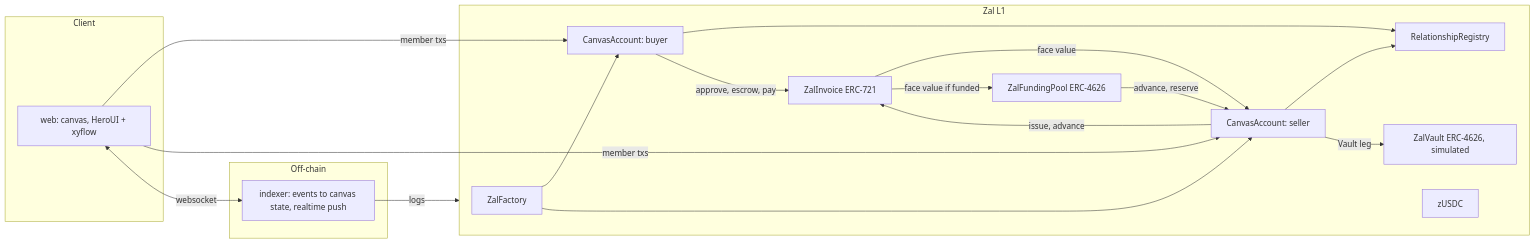
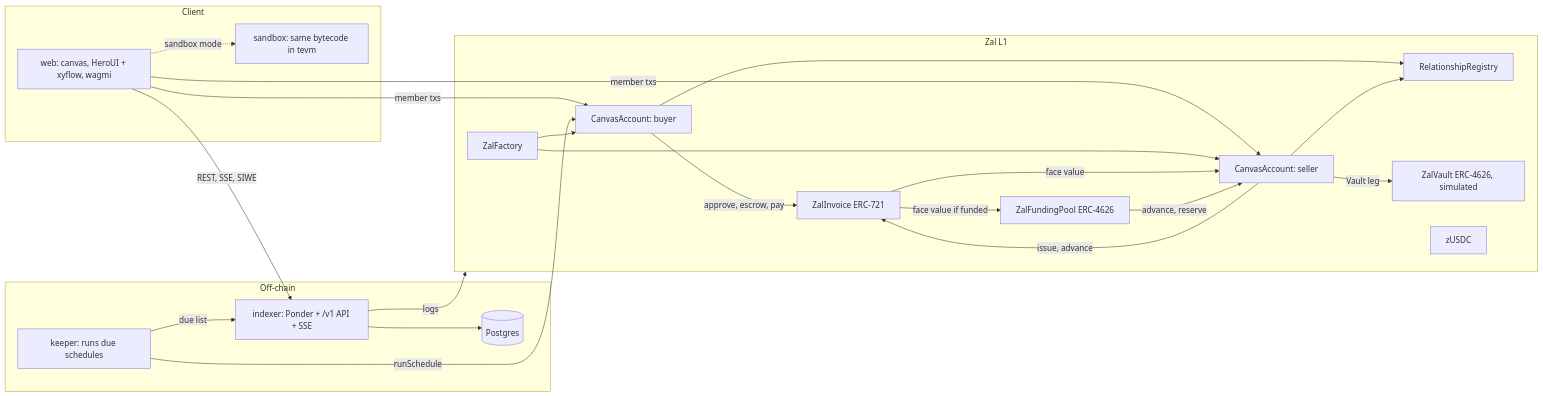
Before and after one commit to HoangDucBach/zal: the diagram in docs/architecture/README.md, drawn with Mermaid. The commit also changed other lines of this file and 1 other file, not shown here.

````diff
--- a/docs/architecture/README.md
+++ b/docs/architecture/README.md
@@ -12,31 +15,38 @@
 ```mermaid
 flowchart LR
     subgraph Client
-        W[web: canvas, HeroUI + xyflow]
+        W["web: canvas, HeroUI + xyflow, wagmi"]
+        SB["sandbox: same bytecode in tevm"]
     end
     subgraph Off-chain
-        IX[indexer: events to canvas state, realtime push]
+        IX["indexer: Ponder + /v1 API + SSE"]
+        PG[("Postgres")]
+        K["keeper: runs due schedules"]
     end
-    subgraph L1[Zal L1]
+    subgraph L1["Zal L1"]
         F[ZalFactory]
-        A1[CanvasAccount: buyer]
-        A2[CanvasAccount: seller]
+        A1["CanvasAccount: buyer"]
+        A2["CanvasAccount: seller"]
         R[RelationshipRegistry]
-        I[ZalInvoice ERC-721]
-        P[ZalFundingPool ERC-4626]
-        V[ZalVault ERC-4626, simulated]
+        I["ZalInvoice ERC-721"]
+        P["ZalFundingPool ERC-4626"]
+        V["ZalVault ERC-4626, simulated"]
         U[zUSDC]
     end
-    W -- member txs --> A1
-    W -- member txs --> A2
-    W <-- websocket --> IX
+    W -- "member txs" --> A1
+    W -- "member txs" --> A2
+    W -. "sandbox mode" .-> SB
+    W -- "REST, SSE, SIWE" --> IX
     IX -- logs --> L1
+    IX --> PG
+    K -- "due list" --> IX
+    K -- runSchedule --> A1
     F --> A1 & A2
     A1 & A2 --> R
-    A1 -- approve, escrow, pay --> I
-    A2 -- issue, advance --> I
-    I -- face value --> A2
-    I -- face value if funded --> P
-    P -- advance, reserve --> A2
-    A2 -- Vault leg --> V
+    A1 -- "approve, escrow, pay" --> I
+    A2 -- "issue, advance" --> I
+    I -- "face value" --> A2
+    I -- "face value if funded" --> P
+    P -- "advance, reserve" --> A2
+    A2 -- "Vault leg" --> V
 ```
````
